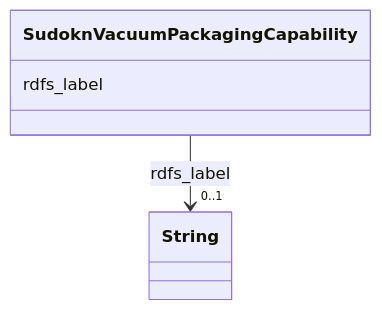
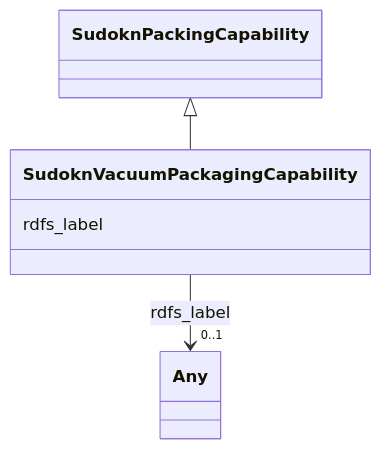
The diagram in sudokn-kg/classes/SudoknVacuumPackagingCapability.md (frink-okn/graph-descriptions), drawn with Mermaid before and after one commit. The commit also changed other lines of this file and 903 other files, not shown here.

````diff
--- a/sudokn-kg/classes/SudoknVacuumPackagingCapability.md
+++ b/sudokn-kg/classes/SudoknVacuumPackagingCapability.md
@@ -23,15 +18,18 @@
 ```mermaid
  classDiagram
     class SudoknVacuumPackagingCapability
     click SudoknVacuumPackagingCapability href "../SudoknVacuumPackagingCapability"
+      SudoknPackingCapability <|-- SudoknVacuumPackagingCapability
+        click SudoknPackingCapability href "../SudoknPackingCapability"
+      
       SudoknVacuumPackagingCapability : rdfs_label
         
           
     
     
-    SudoknVacuumPackagingCapability --> "0..1" String : rdfs_label
-    click String href "../String"
+    SudoknVacuumPackagingCapability --> "0..1" Any : rdfs_label
+    click Any href "../Any"
 
         
       
 ```
````
